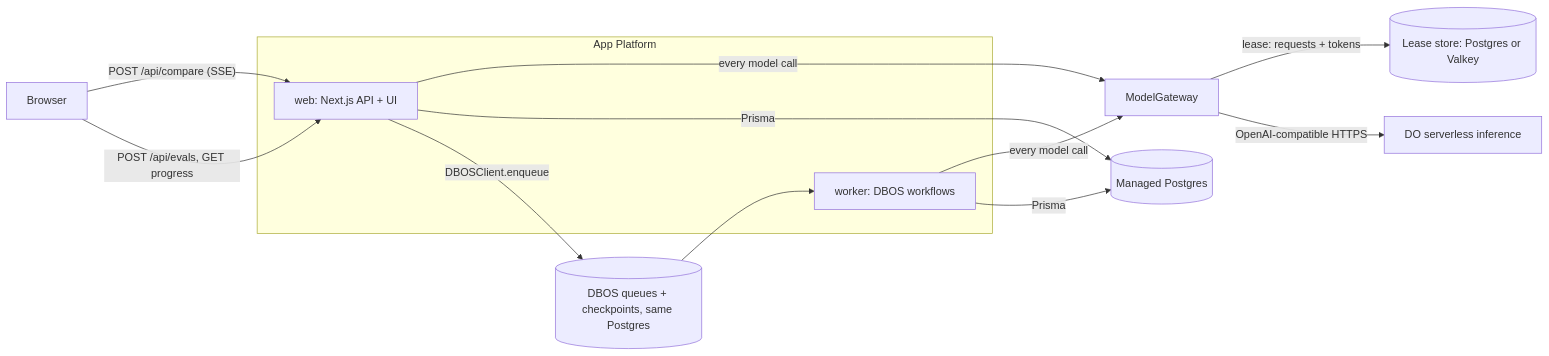
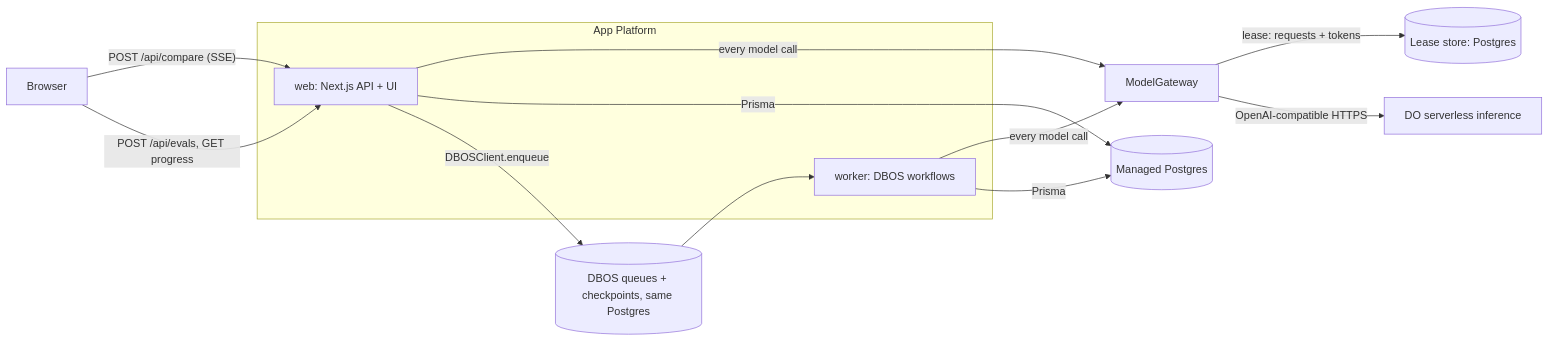
One commit to alokdidde/model-playground-poc changed the first of 2 diagrams in docs/ARCHITECTURE.md. Above: the diagram before and after it, drawn with Mermaid. The commit also changed other lines of this file and 5 other files, not shown here.

First line of the commit message:
Add decisions one-pager, code tour and demo script; tie the roadmap to DO's business

````diff
--- a/docs/ARCHITECTURE.md
+++ b/docs/ARCHITECTURE.md
@@ -42,17 +42,17 @@
 ```mermaid
 flowchart LR
   B[Browser] -- "POST /api/compare (SSE)" --> W
   B -- "POST /api/evals, GET progress" --> W
   subgraph App Platform
     W[web: Next.js API + UI]
     K[worker: DBOS workflows]
   end
   W -- "every model call" --> G[ModelGateway]
   K -- "every model call" --> G
-  G -- "lease: requests + tokens" --> L[(Lease store: Postgres or Valkey)]
+  G -- "lease: requests + tokens" --> L[(Lease store: Postgres)]
   G -- "OpenAI-compatible HTTPS" --> DO[DO serverless inference]
   W -- "Prisma" --> P[(Managed Postgres)]
   K -- "Prisma" --> P
   W -- "DBOSClient.enqueue" --> Q[(DBOS queues + checkpoints, same Postgres)]
   Q --> K
 ```
````
